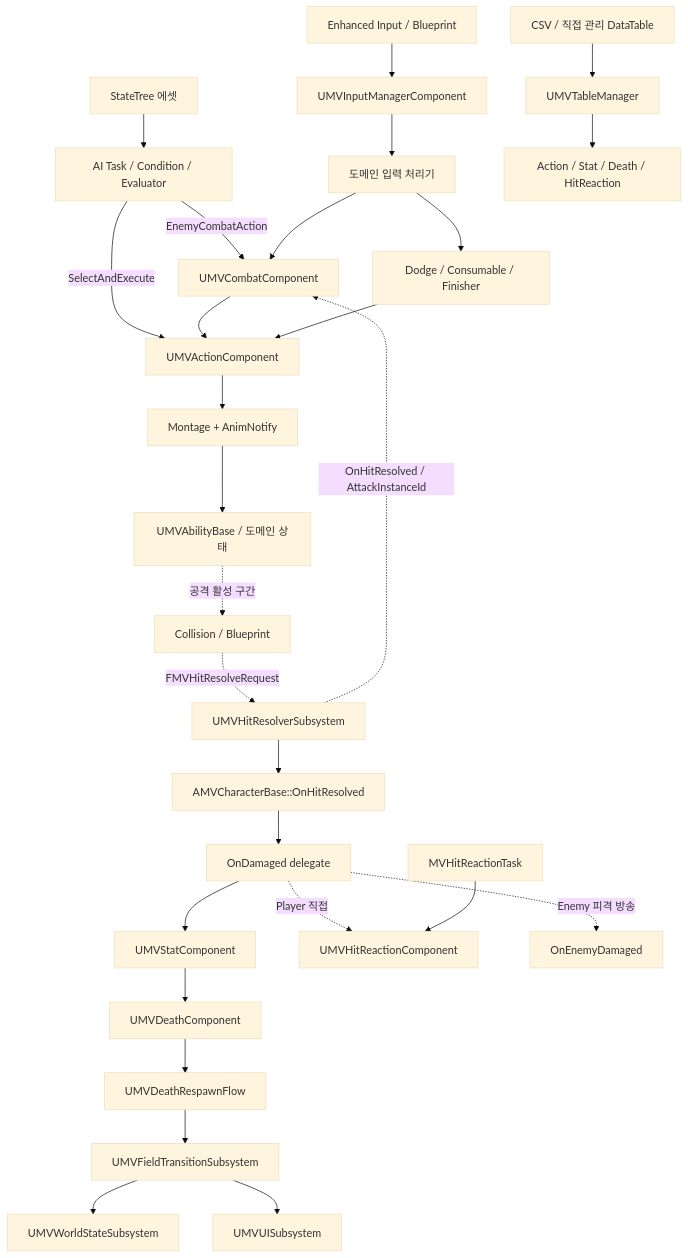
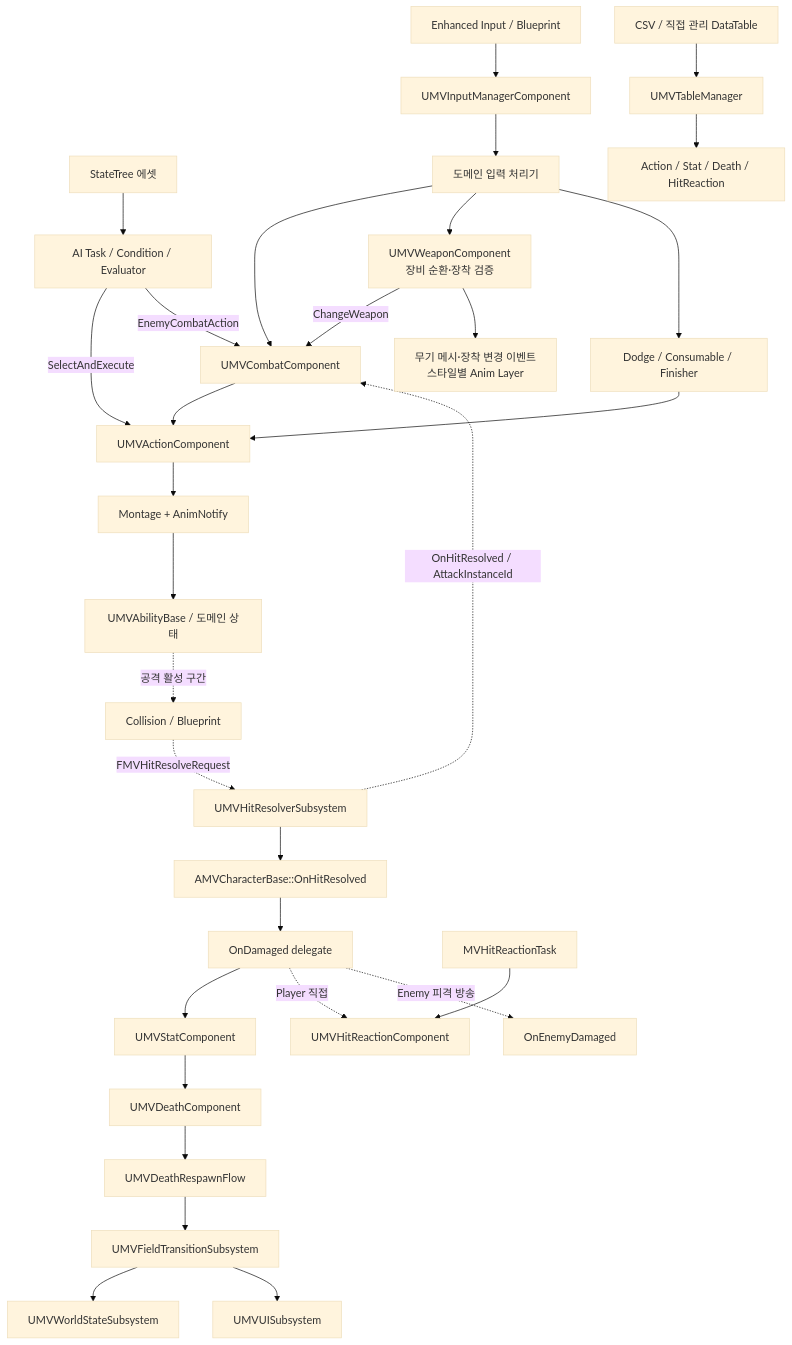
The diagram in docs/wiki/Architecture/document.md (DreamersStudio3/Maverick), drawn with Mermaid (base theme) before and after one commit. The commit also changed other lines of this file and 4 other files, not shown here.

````diff
--- a/docs/wiki/Architecture/document.md
+++ b/docs/wiki/Architecture/document.md
@@ -15,30 +15,33 @@
 ```mermaid
 flowchart TD
     Input["Enhanced Input / Blueprint"] --> InputManager["UMVInputManagerComponent"]
     StateTree["StateTree 에셋"] --> AITasks["AI Task / Condition / Evaluator"]
     InputManager --> Handlers["도메인 입력 처리기"]
     AITasks -->|SelectAndExecute| Action["UMVActionComponent"]
     AITasks -->|EnemyCombatAction| Combat["UMVCombatComponent"]
     Handlers --> Combat
+    Handlers --> Weapon["UMVWeaponComponent<br/>장비 순환·장착 검증"]
+    Weapon -->|ChangeWeapon| Combat
+    Weapon --> WeaponVisual["무기 메시·장착 변경 이벤트<br/>스타일별 Anim Layer"]
     Handlers --> PlayerDomains["Dodge / Consumable / Finisher"]
     Combat --> Action
     PlayerDomains --> Action
     Action --> Montage["Montage + AnimNotify"]
     Montage --> Ability["UMVAbilityBase / 도메인 상태"]
     Ability -. "공격 활성 구간" .-> HitSource["Collision / Blueprint"]
     HitSource -. "FMVHitResolveRequest" .-> HitResolver["UMVHitResolverSubsystem"]
     HitResolver -. "OnHitResolved / AttackInstanceId" .-> Combat
     HitResolver --> CharacterBridge["AMVCharacterBase::OnHitResolved"]
     CharacterBridge --> OnDamaged["OnDamaged delegate"]
     OnDamaged --> Stat["UMVStatComponent"]
     OnDamaged -. "Player 직접" .-> HitReaction["UMVHitReactionComponent"]
     OnDamaged -. "Enemy 피격 방송" .-> EnemyDamaged["OnEnemyDamaged"]
     EnemyTask["MVHitReactionTask"] --> HitReaction
     Stat --> Death["UMVDeathComponent"]
     Death --> Respawn["UMVDeathRespawnFlow"]
     Respawn --> Transition["UMVFieldTransitionSubsystem"]
     Transition --> WorldState["UMVWorldStateSubsystem"]
     Transition --> UI["UMVUISubsystem"]
     Tables["CSV / 직접 관리 DataTable"] --> TableManager["UMVTableManager"]
     TableManager --> RuntimeConsumers["Action / Stat / Death / HitReaction"]
 ```
````
